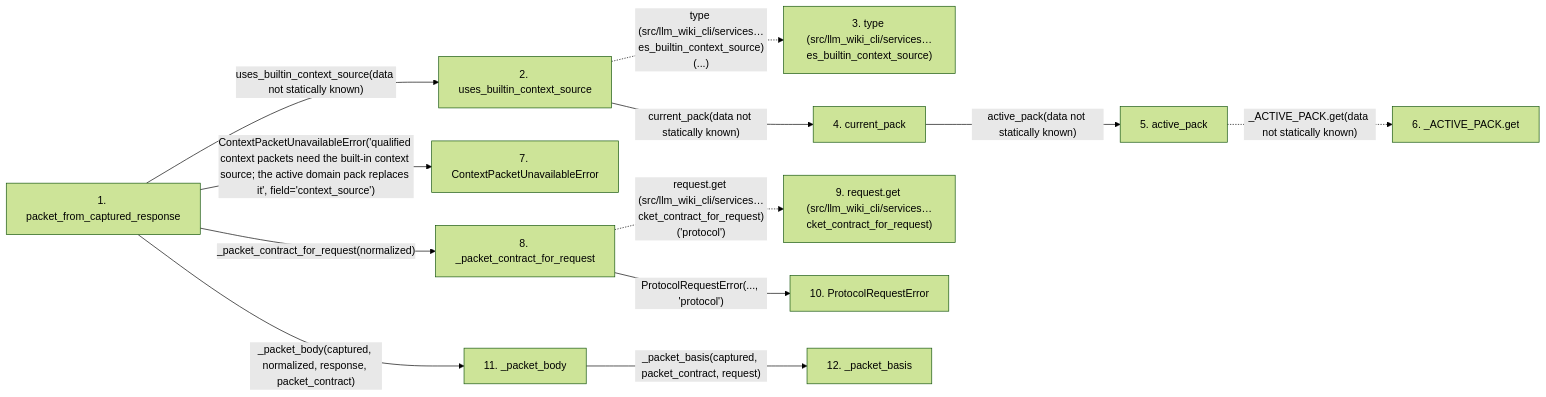
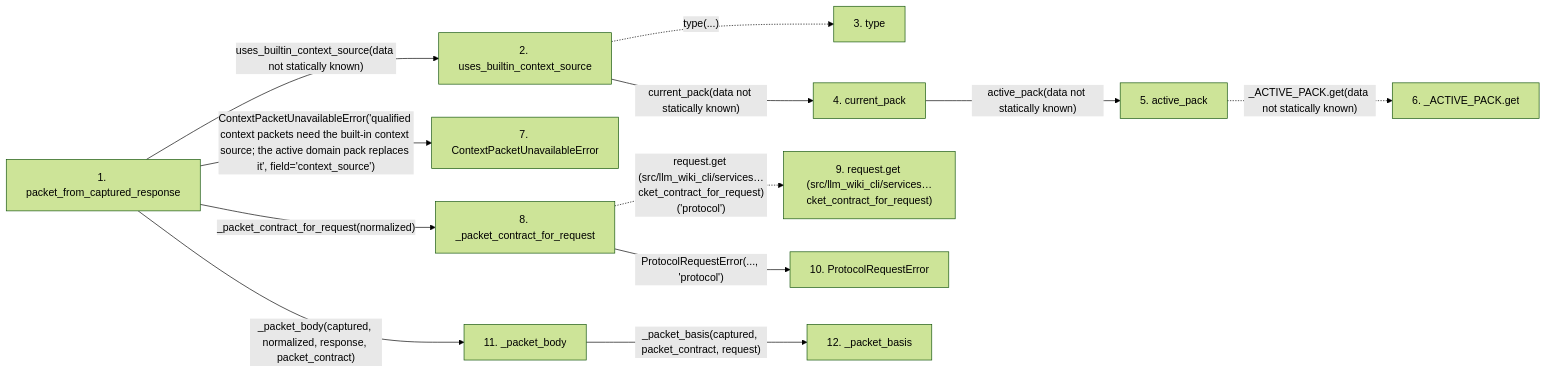
Before and after one commit to Denissvgn/python-wiki-llm: the second of 2 diagrams in docs/llm_wiki/flows/api-packet_from_captured_response.md, drawn with Mermaid (forest theme). The commit also changed other lines of this file and 869 other files, not shown here.

````diff
--- a/docs/llm_wiki/flows/api-packet_from_captured_response.md
+++ b/docs/llm_wiki/flows/api-packet_from_captured_response.md
@@ -155,35 +155,35 @@
 ```mermaid
 flowchart LR
     s1["1. packet_from_captured_response"]
     s2["2. uses_builtin_context_source"]
-    s3["3. type (src/llm_wiki_cli/services…es_builtin_context_source)"]
+    s3["3. type"]
     s4["4. current_pack"]
     s5["5. active_pack"]
     s6["6. _ACTIVE_PACK.get"]
     s7["7. ContextPacketUnavailableError"]
     s8["8. _packet_contract_for_request"]
     s9["9. request.get (src/llm_wiki_cli/services…cket_contract_for_request)"]
     s10["10. ProtocolRequestError"]
     s11["11. _packet_body"]
     s12["12. _packet_basis"]
     s1 -->|"uses_builtin_context_source(data not statically known)"| s2
-    s2 -. "type (src/llm_wiki_cli/services…es_builtin_context_source)(...)" .-> s3
+    s2 -. "type(...)" .-> s3
     s2 -->|"current_pack(data not statically known)"| s4
     s4 -->|"active_pack(data not statically known)"| s5
     s5 -. "_ACTIVE_PACK.get(data not statically known)" .-> s6
     s1 -->|"ContextPacketUnavailableError('qualified context packets need the built-in context source; the active domain pack replaces it', field='context_source')"| s7
     s1 -->|"_packet_contract_for_request(normalized)"| s8
     s8 -. "request.get (src/llm_wiki_cli/services…cket_contract_for_request)('protocol')" .-> s9
     s8 -->|"ProtocolRequestError(..., 'protocol')"| s10
     s1 -->|"_packet_body(captured, normalized, response, packet_contract)"| s11
     s11 -->|"_packet_basis(captured, packet_contract, request)"| s12
     click s1 "../modules/context_packet_builder.md"
     click s2 "../modules/domain_pack.md"
     click s4 "../modules/domain_pack.md"
     click s5 "../modules/pack_interfaces.md"
     click s7 "../modules/context_packet_builder.md"
     click s8 "../modules/context_packet_builder.md"
     click s10 "../modules/context_request_format.md"
     click s11 "../modules/context_packet_builder.md"
     click s12 "../modules/context_packet_builder.md"
 ```
````
